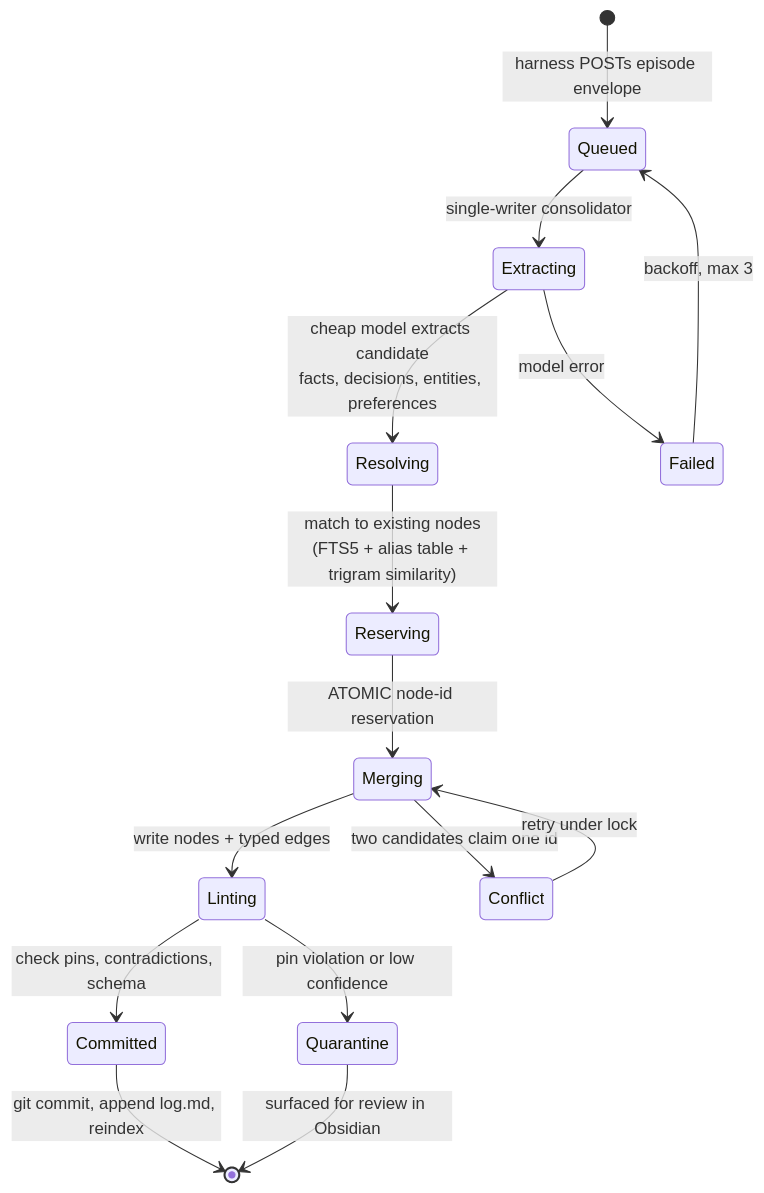
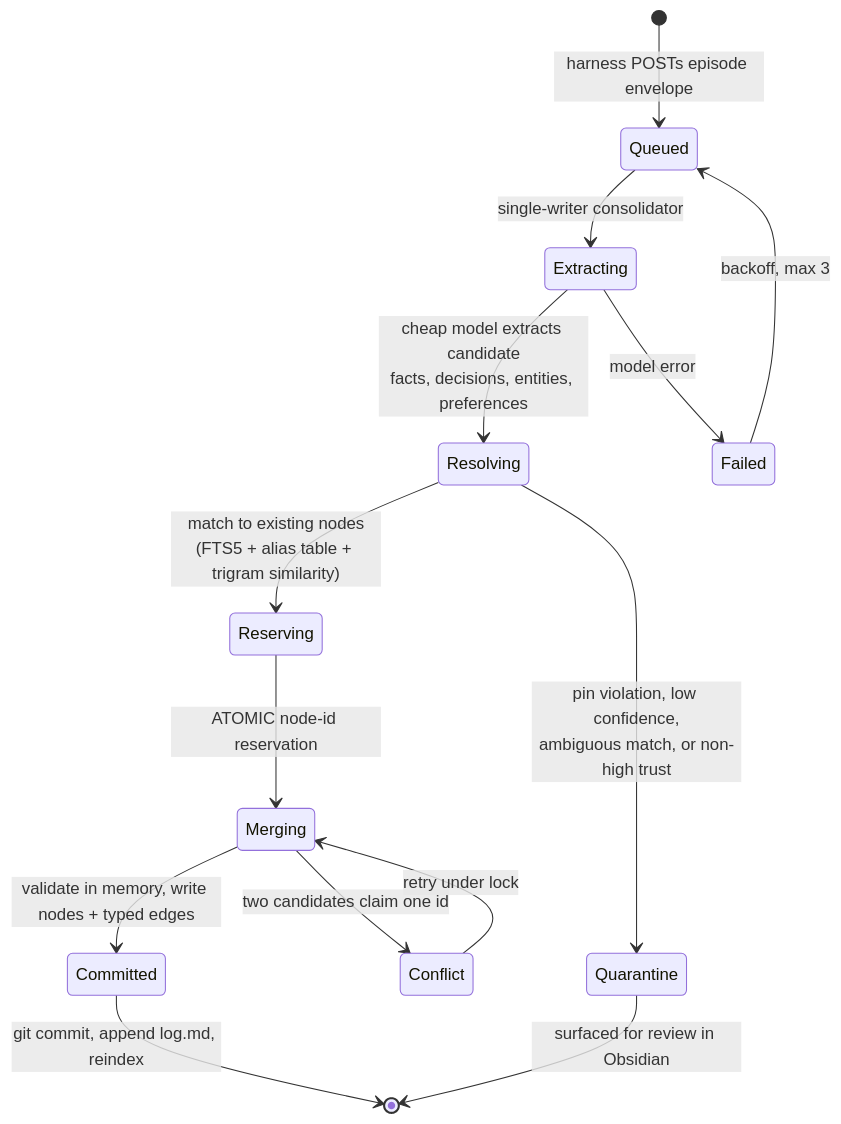
Before and after one commit to mars-flat/brain: the second of 2 diagrams in architecture/06-brain-runtime.md, drawn with Mermaid. The commit also changed other lines of this file and 23 other files, not shown here.

````diff
--- a/architecture/06-brain-runtime.md
+++ b/architecture/06-brain-runtime.md
@@ -137,18 +148,17 @@
 ```mermaid
 stateDiagram-v2
     [*] --> Queued: harness POSTs episode envelope
     Queued --> Extracting: single-writer consolidator
     Extracting --> Resolving: cheap model extracts candidate<br/>facts, decisions, entities, preferences
     Resolving --> Reserving: match to existing nodes<br/>(FTS5 + alias table + trigram similarity)
     Reserving --> Merging: ATOMIC node-id reservation
-    Merging --> Linting: write nodes + typed edges
-    Linting --> Committed: check pins, contradictions, schema
+    Merging --> Committed: validate in memory, write nodes + typed edges
     Committed --> [*]: git commit, append log.md, reindex
 
     Extracting --> Failed: model error
     Failed --> Queued: backoff, max 3
     Merging --> Conflict: two candidates claim one id
     Conflict --> Merging: retry under lock
-    Linting --> Quarantine: pin violation or low confidence
+    Resolving --> Quarantine: pin violation, low confidence,<br/>ambiguous match, or non-high trust
     Quarantine --> [*]: surfaced for review in Obsidian
 ```
````
